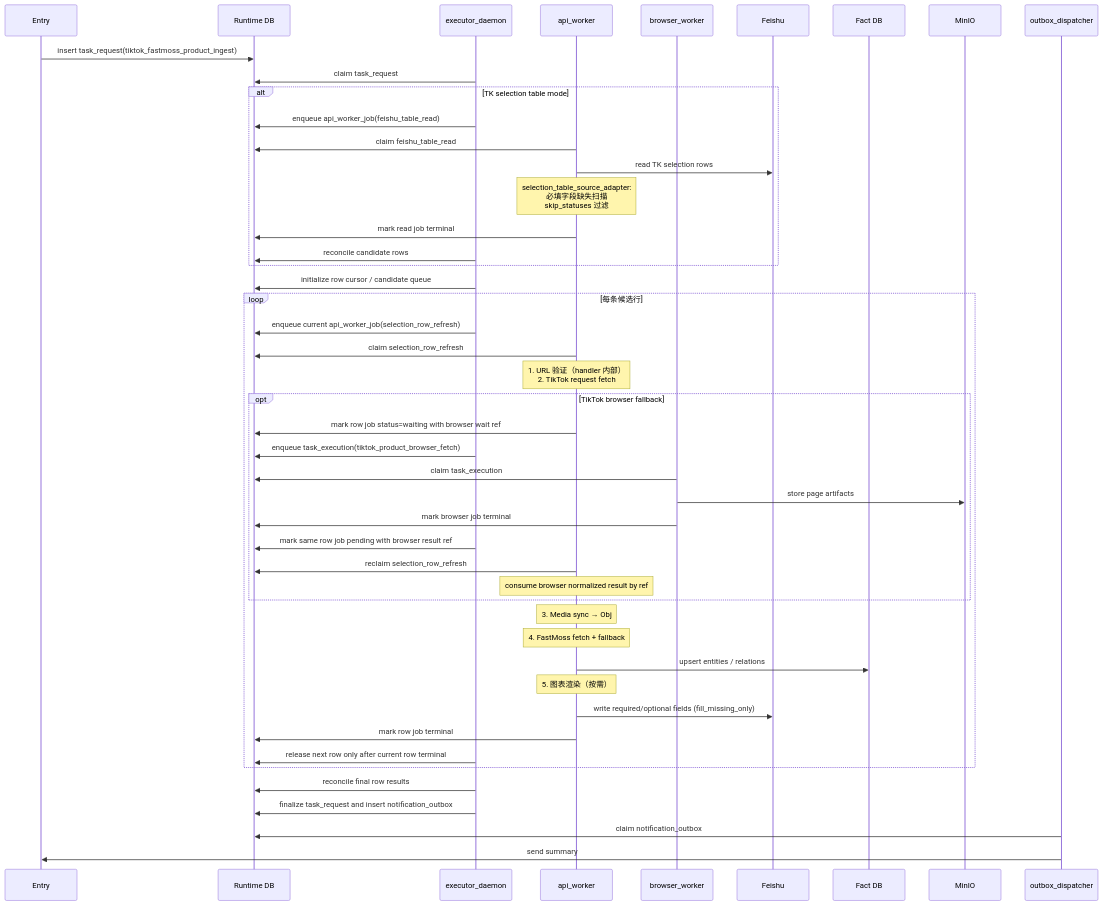
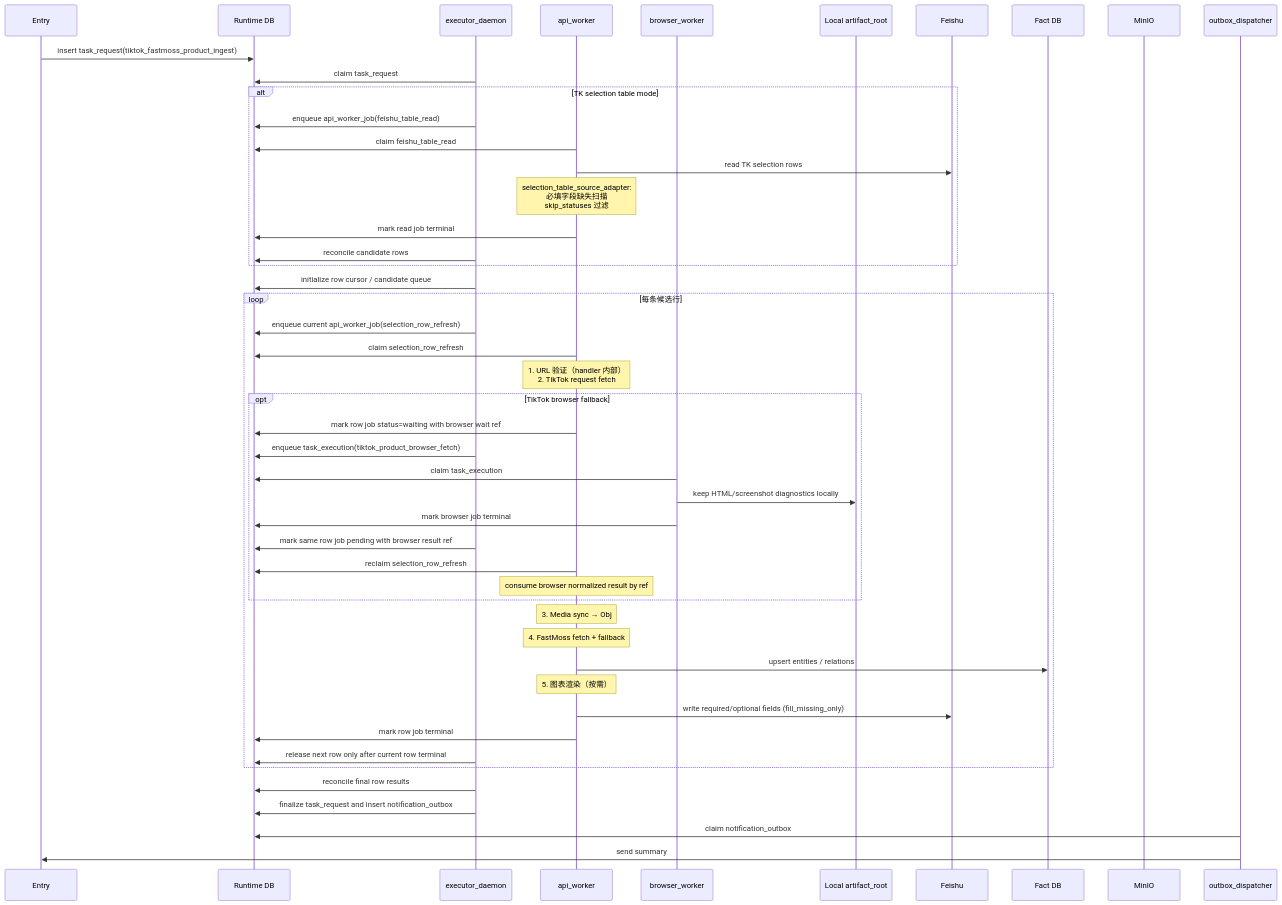
The fourth of 5 diagrams in docs/arch/workflow-selection-table-design.md (knighterrantsky/mujitask), drawn with Mermaid before and after one commit. The commit also changed other lines of this file and 71 other files, not shown here.

````diff
--- a/docs/arch/workflow-selection-table-design.md
+++ b/docs/arch/workflow-selection-table-design.md
@@ -239,53 +239,54 @@
 ```mermaid
 sequenceDiagram
     participant Entry as Entry
     participant DB as Runtime DB
     participant Exec as executor_daemon
     participant API as api_worker
     participant Browser as browser_worker
+    participant Local as Local artifact_root
     participant Feishu as Feishu
     participant Fact as Fact DB
     participant Obj as MinIO
     participant Outbox as outbox_dispatcher
 
     Entry->>DB: insert task_request(tiktok_fastmoss_product_ingest)
     Exec->>DB: claim task_request
 
     alt TK selection table mode
         Exec->>DB: enqueue api_worker_job(feishu_table_read)
         API->>DB: claim feishu_table_read
         API->>Feishu: read TK selection rows
         Note over API: selection_table_source_adapter:<br/>必填字段缺失扫描<br/>skip_statuses 过滤
         API->>DB: mark read job terminal
         Exec->>DB: reconcile candidate rows
     end
 
     Exec->>DB: initialize row cursor / candidate queue
     loop 每条候选行
         Exec->>DB: enqueue current api_worker_job(selection_row_refresh)
         API->>DB: claim selection_row_refresh
         Note over API: 1. URL 验证（handler 内部）<br/>2. TikTok request fetch
         opt TikTok browser fallback
             API->>DB: mark row job status=waiting with browser wait ref
             Exec->>DB: enqueue task_execution(tiktok_product_browser_fetch)
             Browser->>DB: claim task_execution
-            Browser->>Obj: store page artifacts
+            Browser->>Local: keep HTML/screenshot diagnostics locally
             Browser->>DB: mark browser job terminal
             Exec->>DB: mark same row job pending with browser result ref
             API->>DB: reclaim selection_row_refresh
             Note over API: consume browser normalized result by ref
         end
         Note over API: 3. Media sync → Obj
         Note over API: 4. FastMoss fetch + fallback
         API->>Fact: upsert entities / relations
         Note over API: 5. 图表渲染（按需）
         API->>Feishu: write required/optional fields (fill_missing_only)
         API->>DB: mark row job terminal
         Exec->>DB: release next row only after current row terminal
     end
 
     Exec->>DB: reconcile final row results
     Exec->>DB: finalize task_request and insert notification_outbox
     Outbox->>DB: claim notification_outbox
     Outbox->>Entry: send summary
 ```
````
